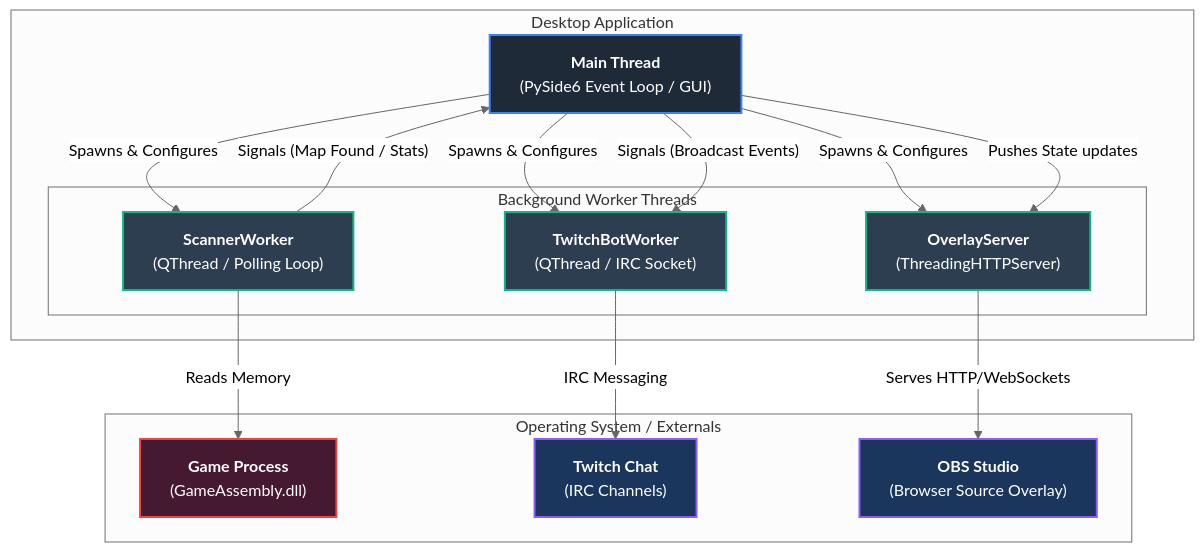
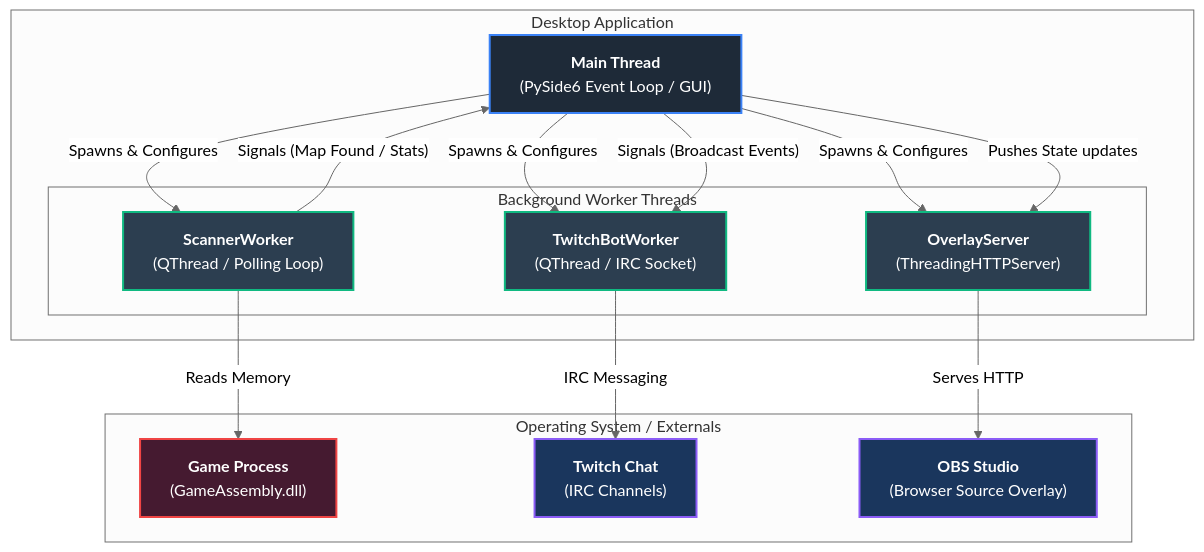
The diagram in docs/wiki/Home.md (ALuiell/BonkScanner), drawn with Mermaid (neutral theme) before and after one commit. The commit also changed other lines of this file and 12 other files, not shown here.

Commit message:
Align documentation with current architecture

````diff
--- a/docs/wiki/Home.md
+++ b/docs/wiki/Home.md
@@ -20,37 +20,37 @@
 ```mermaid
 graph TD
     %% Styling
     classDef mainThread fill:#1E2A38,stroke:#3B82F6,stroke-width:2px,color:#fff;
     classDef workerThread fill:#2C3E50,stroke:#10B981,stroke-width:2px,color:#fff;
     classDef gameProcess fill:#451A30,stroke:#EF4444,stroke-width:2px,color:#fff;
     classDef external fill:#1A365D,stroke:#8B5CF6,stroke-width:2px,color:#fff;
 
     subgraph Desktop Application
         MainUI["<b>Main Thread</b><br>(PySide6 Event Loop / GUI)"]:::mainThread
 
         subgraph Workers [Background Worker Threads]
             ScannerWorker["<b>ScannerWorker</b><br>(QThread / Polling Loop)"]:::workerThread
             TwitchBot["<b>TwitchBotWorker</b><br>(QThread / IRC Socket)"]:::workerThread
             OverlayServer["<b>OverlayServer</b><br>(ThreadingHTTPServer)"]:::workerThread
         end
     end
 
     subgraph Operating System / Externals
         GameInstance["<b>Game Process</b><br>(GameAssembly.dll)"]:::gameProcess
         TwitchChat["<b>Twitch Chat</b><br>(IRC Channels)"]:::external
         OBS["<b>OBS Studio</b><br>(Browser Source Overlay)"]:::external
     end
 
     %% Interactions
     MainUI -- Spawns & Configures --> ScannerWorker
     MainUI -- Spawns & Configures --> TwitchBot
     MainUI -- Spawns & Configures --> OverlayServer
 
     ScannerWorker -- Reads Memory --> GameInstance
     ScannerWorker -- "Signals (Map Found / Stats)" --> MainUI
     MainUI -- "Signals (Broadcast Events)" --> TwitchBot
     MainUI -- "Pushes State updates" --> OverlayServer
 
     TwitchBot -- IRC Messaging --> TwitchChat
-    OverlayServer -- Serves HTTP/WebSockets --> OBS
+    OverlayServer -- Serves HTTP --> OBS
 ```
````
